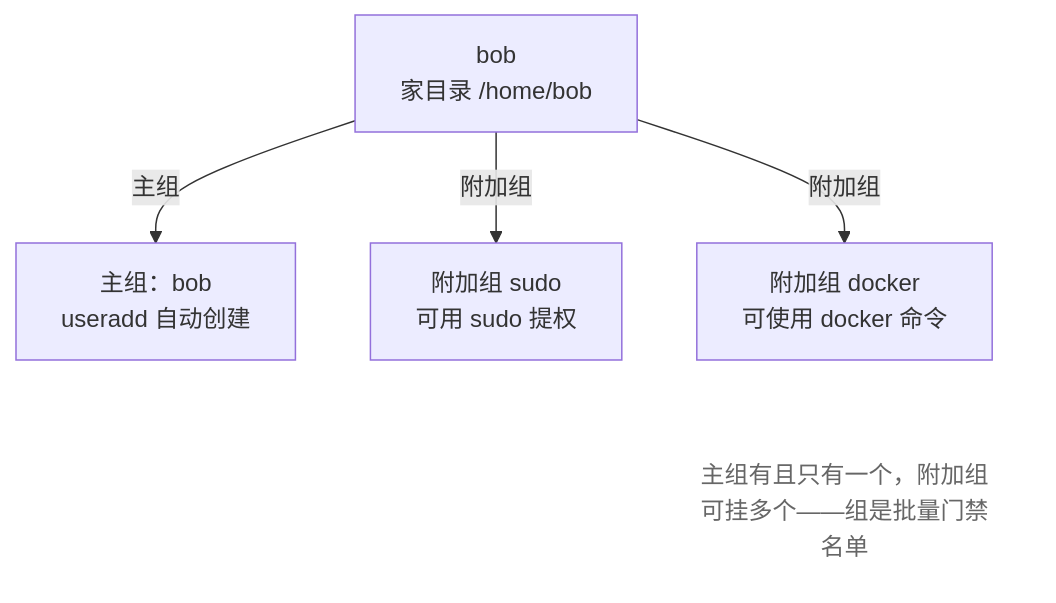
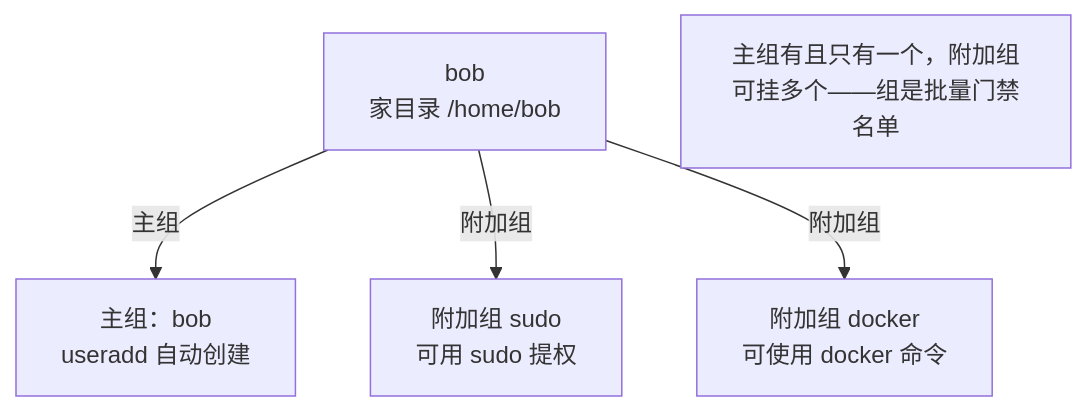
The second of 2 diagrams in src/linux-command/ch10.md (wangxiangnan/wangxiangnan.github.io), drawn with Mermaid before and after one commit. The commit also changed other lines of this file and 15 other files, not shown here.

````diff
--- a/src/linux-command/ch10.md
+++ b/src/linux-command/ch10.md
@@ -168,15 +170,11 @@
 ```mermaid
 flowchart TB
     B["bob<br>家目录 /home/bob"]
     P["主组：bob<br>useradd 自动创建"]
     S["附加组 sudo<br>可用 sudo 提权"]
     D["附加组 docker<br>可使用 docker 命令"]
     N["主组有且只有一个，附加组可挂多个——组是批量门禁名单"]
 
     B -->|主组| P
     B -->|附加组| S & D
-    D ~~~ N
-
-    classDef note fill:none,stroke:none,color:#666
-    class N note
 ```
````
